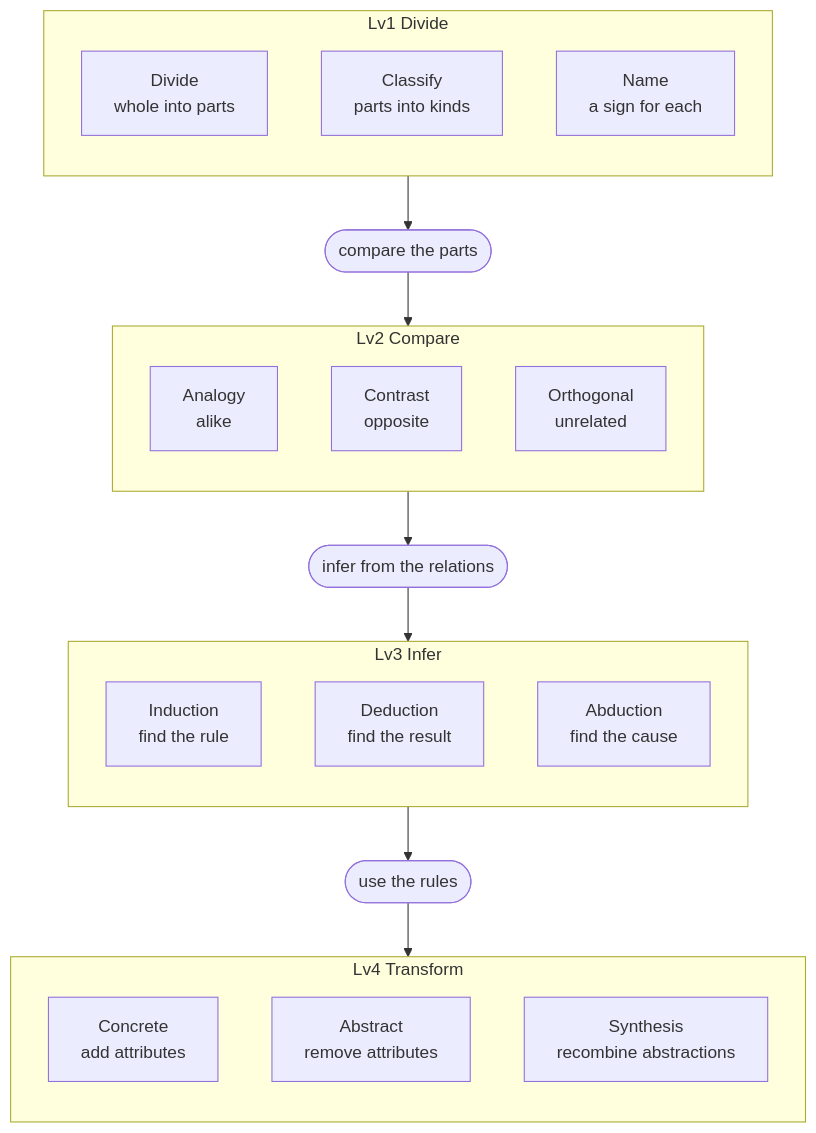
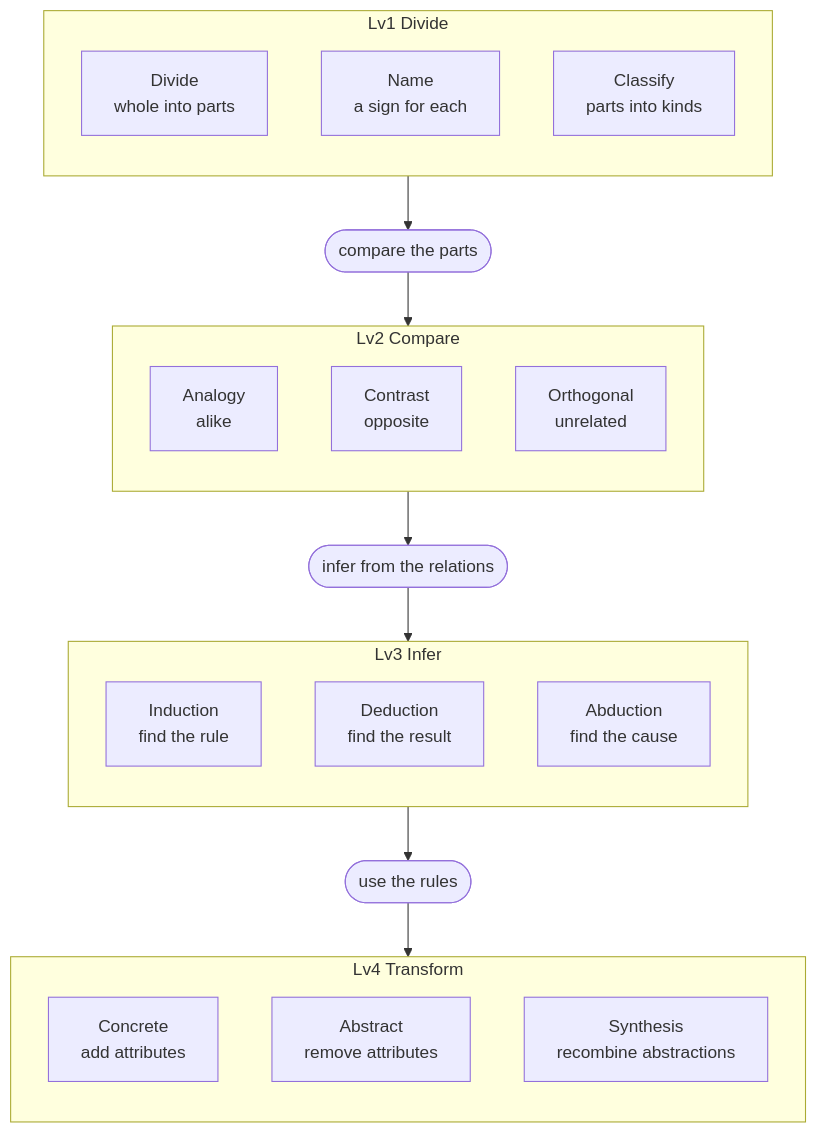
Before and after one commit to GoodRelax/gr-whiteboard: the diagram in skills/four-forms/data/forms-en.mmd, drawn with Mermaid. The commit also changed other lines of this file and 9 other files, not shown here.

```diff
--- a/skills/four-forms/data/forms-en.mmd
+++ b/skills/four-forms/data/forms-en.mmd
@@ -1,33 +1,33 @@
 graph TB
     subgraph F1 ["Lv1 Divide"]
         direction TB
         F1a["Divide<br/>whole into parts"]
+        F1c["Name<br/>a sign for each"]
         F1b["Classify<br/>parts into kinds"]
-        F1c["Name<br/>a sign for each"]
     end
     S1(["compare the parts"])
 
     subgraph F2 ["Lv2 Compare"]
         direction TB
         F2a["Analogy<br/>alike"]
         F2b["Contrast<br/>opposite"]
         F2c["Orthogonal<br/>unrelated"]
     end
     S2(["infer from the relations"])
 
     subgraph F3 ["Lv3 Infer"]
         direction TB
         F3a["Induction<br/>find the rule"]
         F3b["Deduction<br/>find the result"]
         F3c["Abduction<br/>find the cause"]
     end
     S3(["use the rules"])
 
     subgraph F4 ["Lv4 Transform"]
         direction TB
         F4a["Concrete<br/>add attributes"]
         F4b["Abstract<br/>remove attributes"]
         F4c["Synthesis<br/>recombine abstractions"]
     end
 
     F1 --> S1 --> F2 --> S2 --> F3 --> S3 --> F4
```
